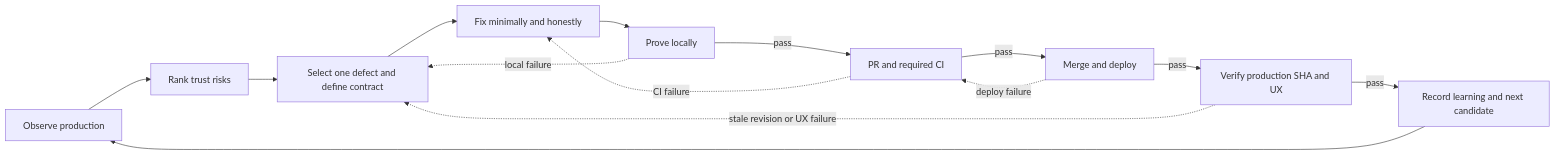
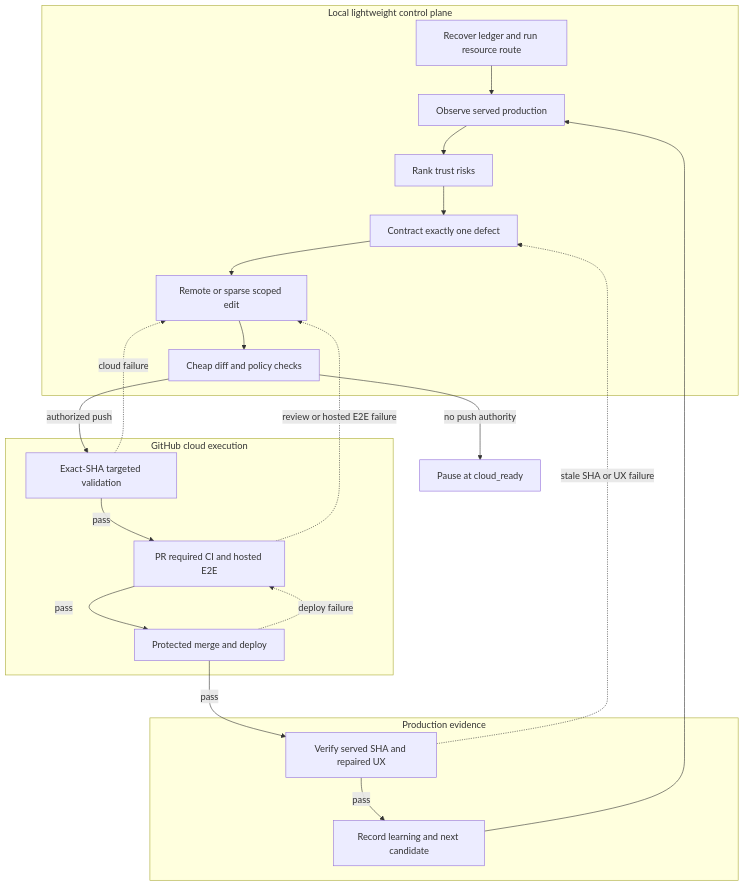
The diagram in .agents/skills/site-trust-improvement-loop/references/loop-design.md (kanta13jp1/my_web_app), drawn with Mermaid before and after one commit. The commit also changed other lines of this file and 4 other files, not shown here.

Commit message:
docs(skill): make site trust loop cloud first

````diff
--- a/.agents/skills/site-trust-improvement-loop/references/loop-design.md
+++ b/.agents/skills/site-trust-improvement-loop/references/loop-design.md
@@ -9,16 +9,31 @@
 ```mermaid
-flowchart LR
-    O[Observe production] --> R[Rank trust risks]
-    R --> C[Select one defect and define contract]
-    C --> F[Fix minimally and honestly]
-    F --> L[Prove locally]
-    L -->|pass| P[PR and required CI]
-    L -. local failure .-> C
-    P -->|pass| D[Merge and deploy]
-    P -. CI failure .-> F
-    D -->|pass| V[Verify production SHA and UX]
+flowchart TB
+    subgraph LOCAL[Local lightweight control plane]
+        S[Recover ledger and run resource route]
+        O[Observe served production]
+        R[Rank trust risks]
+        C[Contract exactly one defect]
+        F[Remote or sparse scoped edit]
+        H[Cheap diff and policy checks]
+    end
+
+    subgraph CLOUD[GitHub cloud execution]
+        V[Exact-SHA targeted validation]
+        P[PR required CI and hosted E2E]
+        D[Protected merge and deploy]
+    end
+
+    subgraph PROD[Production evidence]
+        Q[Verify served SHA and repaired UX]
+        K[Record learning and next candidate]
+    end
+
+    S --> O --> R --> C --> F --> H
+    H -->|authorized push| V
+    H -->|no push authority| X[Pause at cloud_ready]
+    V -->|pass| P -->|pass| D -->|pass| Q -->|pass| K --> O
+    V -. cloud failure .-> F
+    P -. review or hosted E2E failure .-> F
     D -. deploy failure .-> P
-    V -->|pass| K[Record learning and next candidate]
-    V -. stale revision or UX failure .-> C
-    K --> O
+    Q -. stale SHA or UX failure .-> C
 ```
````
